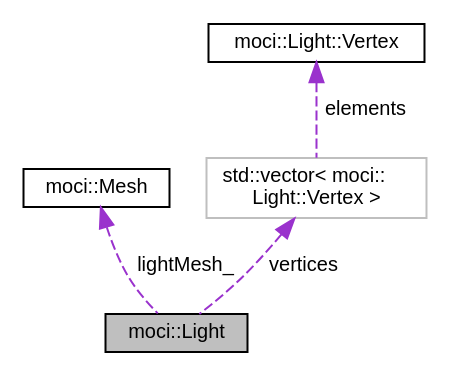
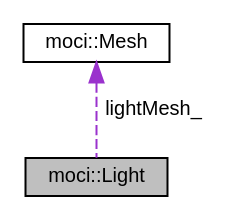
Before and after one commit to tobanteAudio/moci: the diagram in structmoci_1_1Light__coll__graph.dot, drawn with Graphviz. The commit also changed 89 other files, not shown here.

```diff
--- a/structmoci_1_1Light__coll__graph.dot
+++ b/structmoci_1_1Light__coll__graph.dot
@@ -1,13 +1,9 @@
 digraph "moci::Light"
 {
  // INTERACTIVE_SVG=YES
   edge [fontname="Helvetica",fontsize="10",labelfontname="Helvetica",labelfontsize="10"];
   node [fontname="Helvetica",fontsize="10",shape=record];
   Node1 [label="moci::Light",height=0.2,width=0.4,color="black", fillcolor="grey75", style="filled", fontcolor="black"];
   Node2 -> Node1 [dir="back",color="darkorchid3",fontsize="10",style="dashed",label=" lightMesh_" ,fontname="Helvetica"];
   Node2 [label="moci::Mesh",height=0.2,width=0.4,color="black", fillcolor="white", style="filled",URL="$classmoci_1_1Mesh.html"];
-  Node3 -> Node1 [dir="back",color="darkorchid3",fontsize="10",style="dashed",label=" vertices" ,fontname="Helvetica"];
-  Node3 [label="std::vector\< moci::\lLight::Vertex \>",height=0.2,width=0.4,color="grey75", fillcolor="white", style="filled"];
-  Node4 -> Node3 [dir="back",color="darkorchid3",fontsize="10",style="dashed",label=" elements" ,fontname="Helvetica"];
-  Node4 [label="moci::Light::Vertex",height=0.2,width=0.4,color="black", fillcolor="white", style="filled",URL="$structmoci_1_1Light_1_1Vertex.html"];
 }
```
